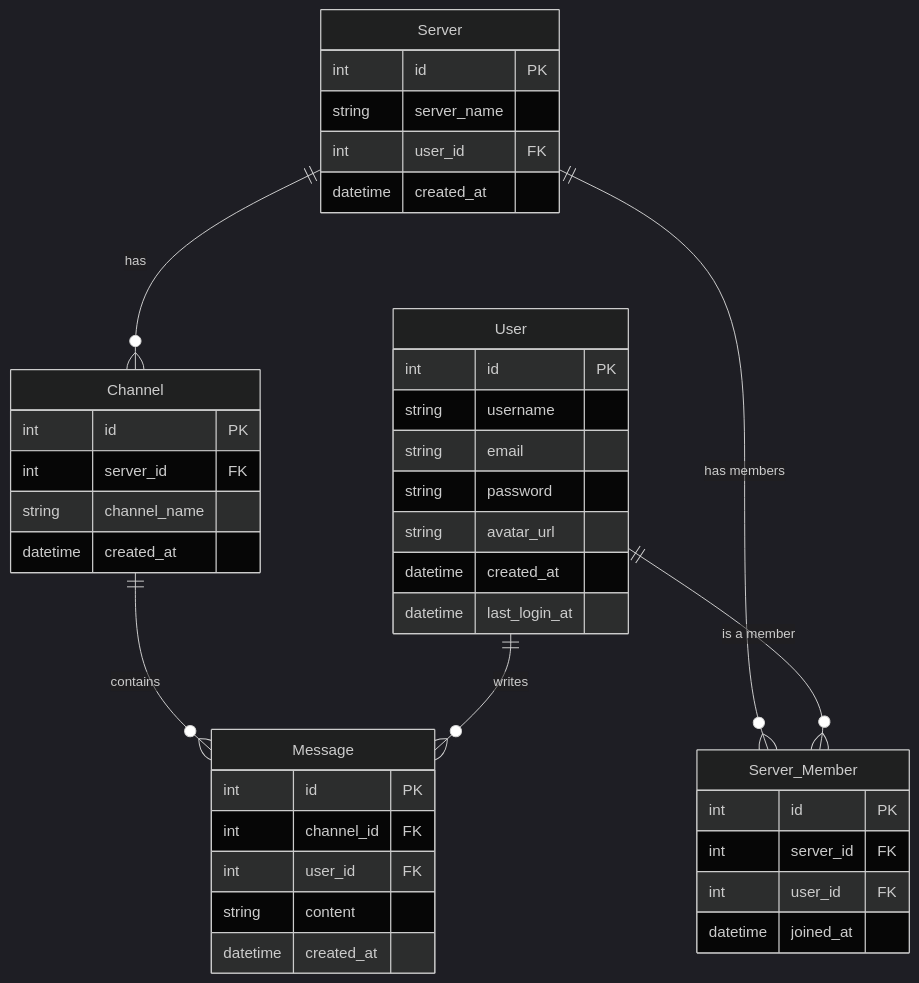
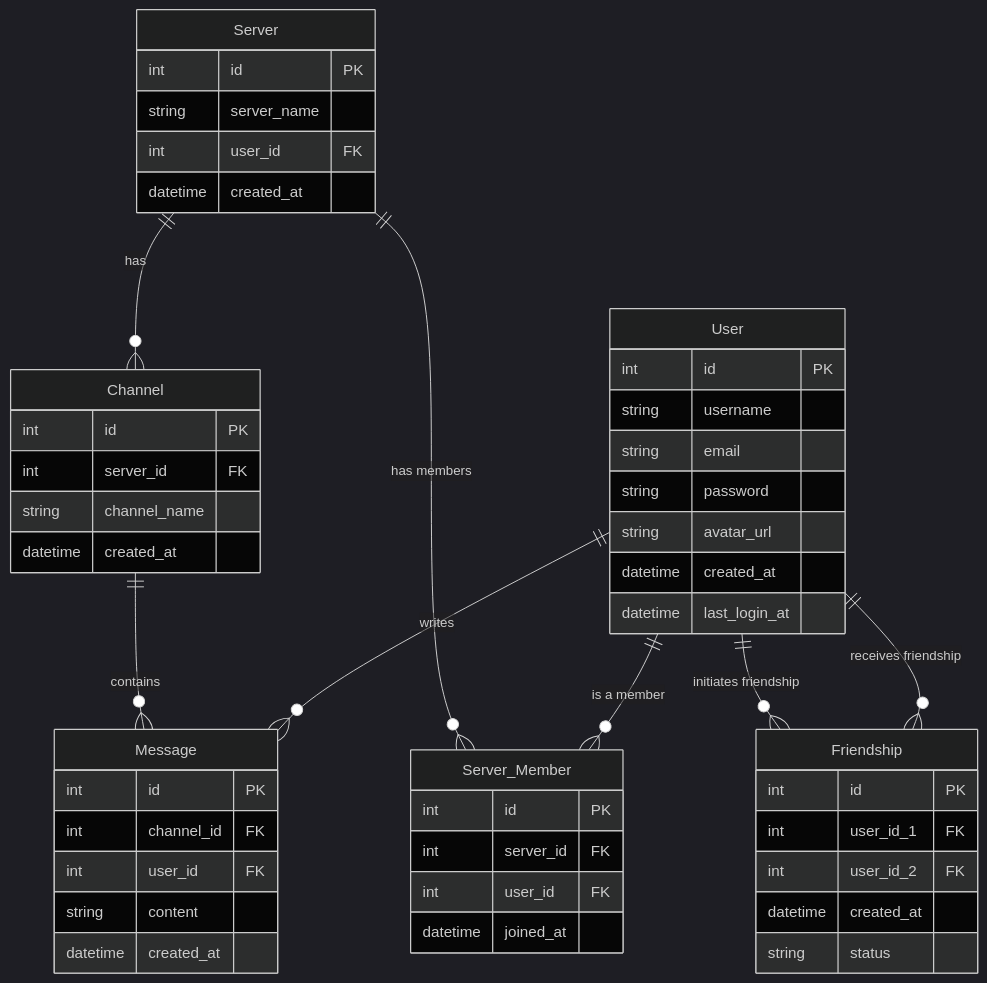
Before and after one commit to yerenn22/chatverse: the diagram in docs/entity-relationship.md, drawn with Mermaid (dark theme).

Commit message:
docs: add frienship table description

````diff
--- a/docs/entity-relationship.md
+++ b/docs/entity-relationship.md
@@ -1,43 +1,52 @@
 ```mermaid
 erDiagram
-  Server {
-      int id PK
-      string server_name
-      int user_id FK
-      datetime created_at
-  }
-  Channel {
-      int id PK
-      int server_id FK
-      string channel_name
-      datetime created_at
-  }
-  User {
-      int id PK
-      string username
-      string email
-      string password
-      string avatar_url
-      datetime created_at
-      datetime last_login_at
-  }
-  Message {
-      int id PK
-      int channel_id FK
-      int user_id FK
-      string content
-      datetime created_at
-  }
-  Server_Member {
-      int id PK
-      int server_id FK
-      int user_id FK
-      datetime joined_at
-  }
+    Server {
+        int id PK
+        string server_name
+        int user_id FK
+        datetime created_at
+    }
+    Channel {
+        int id PK
+        int server_id FK
+        string channel_name
+        datetime created_at
+    }
+    User {
+        int id PK
+        string username
+        string email
+        string password
+        string avatar_url
+        datetime created_at
+        datetime last_login_at
+    }
+    Message {
+        int id PK
+        int channel_id FK
+        int user_id FK
+        string content
+        datetime created_at
+    }
+    Server_Member {
+        int id PK
+        int server_id FK
+        int user_id FK
+        datetime joined_at
+    }
+    Friendship {
+        int id PK
+        int user_id_1 FK
+        int user_id_2 FK
+        datetime created_at
+        string status
+    }
 
-  Server ||--o{ Channel : "has"
-  Server ||--o{ Server_Member : "has members"
-  User ||--o{ Server_Member : "is a member"
-  Channel ||--o{ Message : "contains"
-  User ||--o{ Message : "writes"
+    Server ||--o{ Channel : "has"
+    Server ||--o{ Server_Member : "has members"
+    User ||--o{ Server_Member : "is a member"
+    Channel ||--o{ Message : "contains"
+    User ||--o{ Message : "writes"
+    User ||--o{ Friendship : "initiates friendship"
+    User ||--o{ Friendship : "receives friendship"
 ```
````
